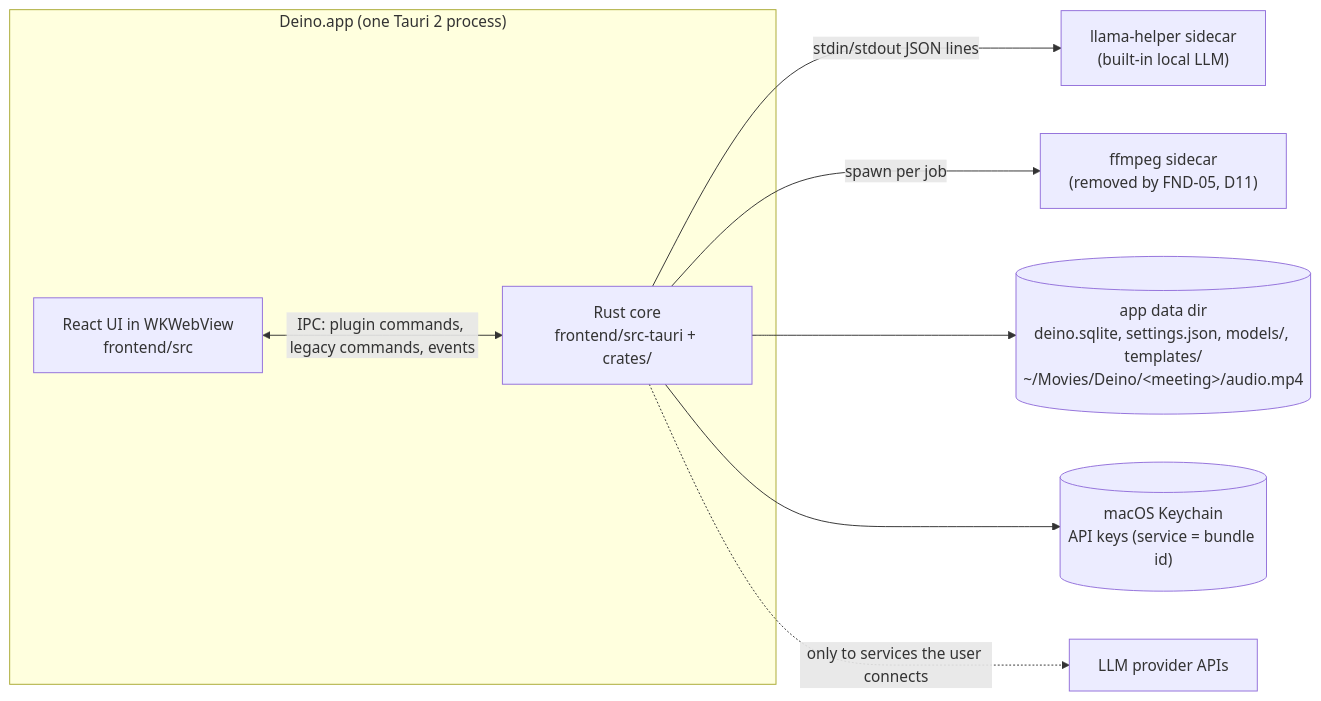
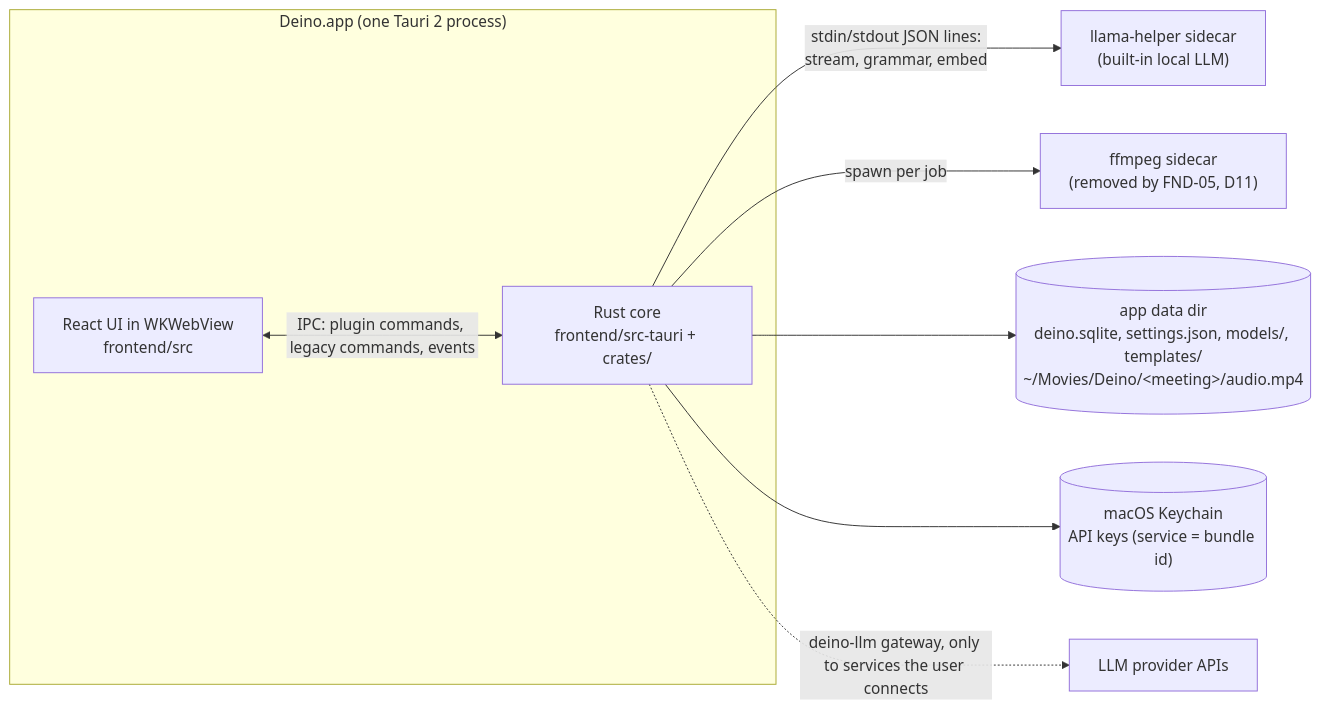
The first of 6 diagrams in docs/ARCHITECTURE.md (xenshreyas/Deino), drawn with Mermaid before and after one commit. The commit also changed other lines of this file and 4 other files, not shown here.

Commit message:
docs: FND-09 gateway in the architecture, ADR 0016, testing guide, notices and plan

````diff
--- a/docs/ARCHITECTURE.md
+++ b/docs/ARCHITECTURE.md
@@ -18,13 +18,13 @@
 ```mermaid
 flowchart LR
   subgraph App["Deino.app (one Tauri 2 process)"]
     UI["React UI in WKWebView<br/>frontend/src"]
     Core["Rust core<br/>frontend/src-tauri + crates/"]
     UI <-- "IPC: plugin commands, legacy commands, events" --> Core
   end
-  Core -- "stdin/stdout JSON lines" --> Llama["llama-helper sidecar<br/>(built-in local LLM)"]
+  Core -- "stdin/stdout JSON lines:<br/>stream, grammar, embed" --> Llama["llama-helper sidecar<br/>(built-in local LLM)"]
   Core -- "spawn per job" --> FFmpeg["ffmpeg sidecar<br/>(removed by FND-05, D11)"]
   Core --> Files[("app data dir<br/>deino.sqlite, settings.json, models/, templates/<br/>~/Movies/Deino/&lt;meeting&gt;/audio.mp4")]
   Core --> Keychain[("macOS Keychain<br/>API keys (service = bundle id)")]
-  Core -. "only to services the user connects" .-> LLM["LLM provider APIs"]
+  Core -. "deino-llm gateway, only to services the user connects" .-> LLM["LLM provider APIs"]
 ```
````
